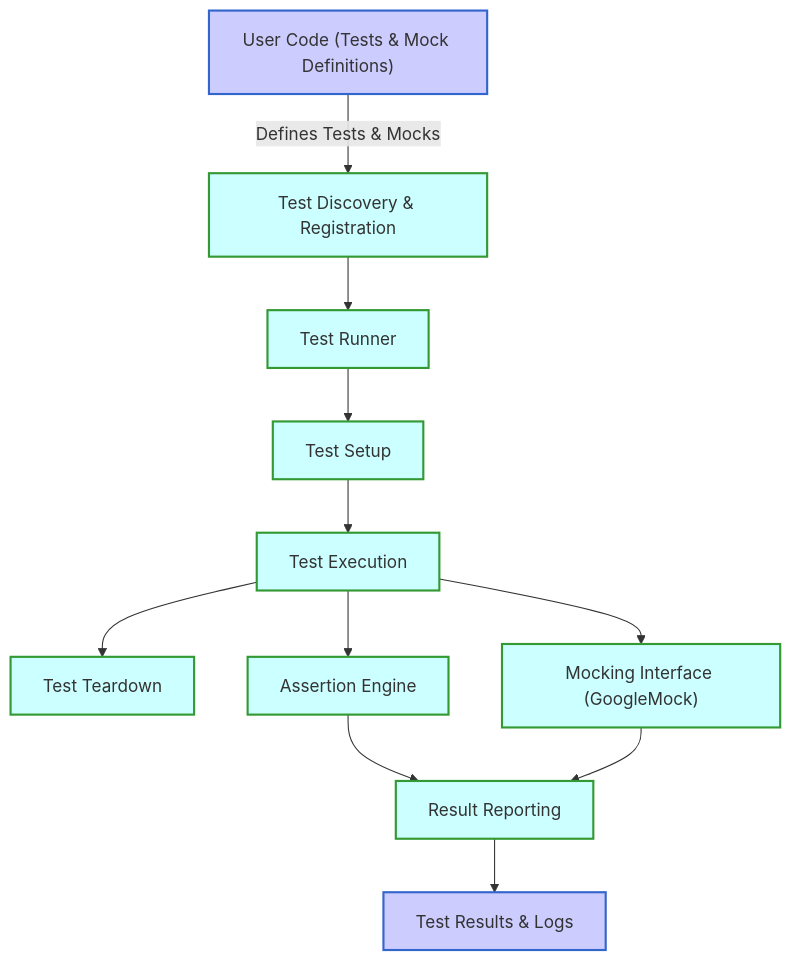
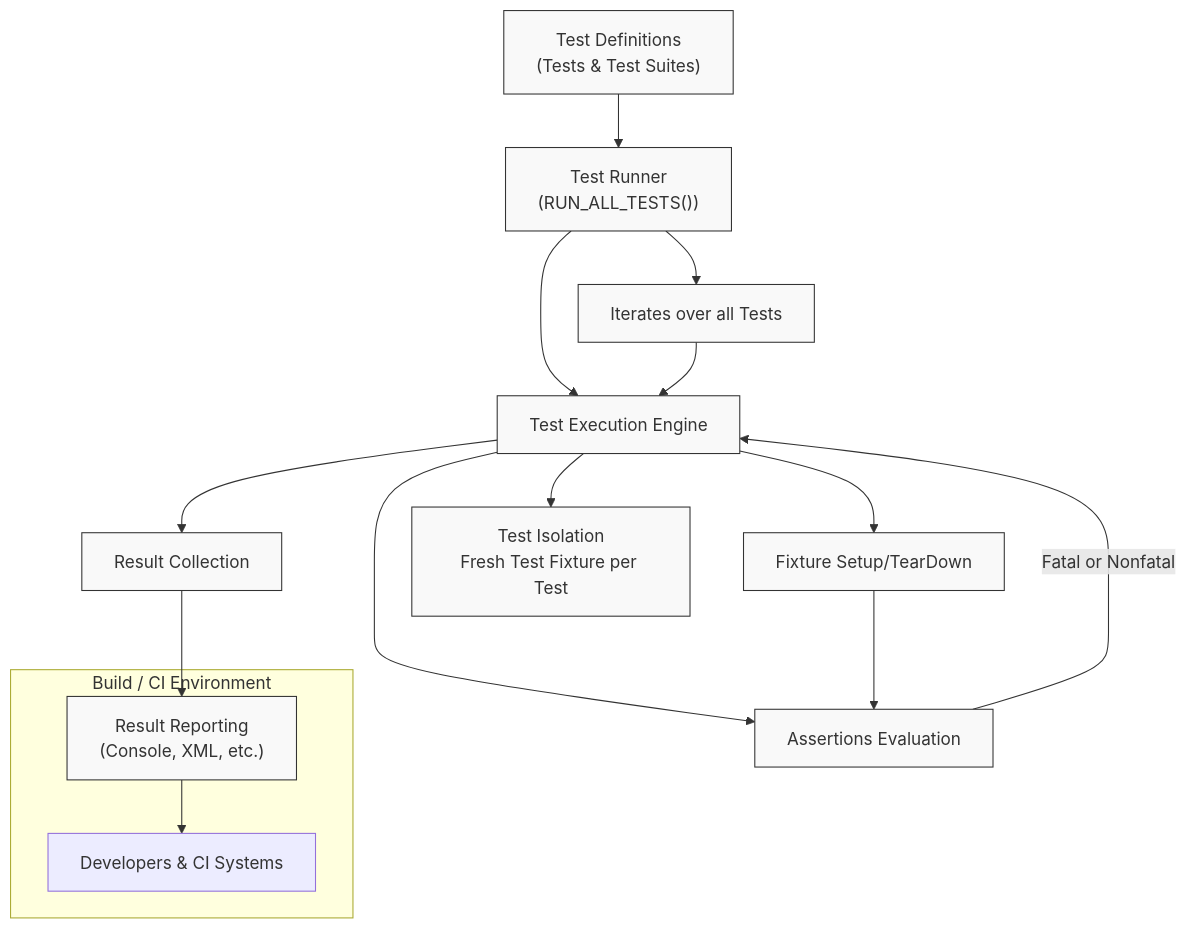
The diagram in overview/architecture-concepts/high-level-architecture.mdx (clidey/docucod-public-project-869ef7c3-7eff-4ad2-9765-2698303f14d7), drawn with Mermaid before and after one commit. The commit also changed other lines of this file and 52 other files, not shown here.

````diff
--- a/overview/architecture-concepts/high-level-architecture.mdx
+++ b/overview/architecture-concepts/high-level-architecture.mdx
@@ -25,40 +17,43 @@
 ```mermaid
 flowchart TD
 
-  %% Define user and user code
-  User["User Code (Tests & Mock Definitions)"]
-  User -->|Defines Tests & Mocks| Discovery["Test Discovery & Registration"]
+  %% Test Definition Entry
+  TestDefs["Test Definitions\n(Tests & Test Suites)"] --> TestRunner["Test Runner\n(RUN_ALL_TESTS())"]
 
-  %% Test discovery flows into test runner
-  Discovery --> Runner["Test Runner"]
+  %% Execution Component
+  TestRunner --> TestExec["Test Execution Engine"]
 
-  %% Test runner performs test lifecycle
-  Runner --> Setup["Test Setup"]
-  Setup --> Execute["Test Execution"]
-  Execute --> Teardown["Test Teardown"]
+  %% Execution flow
+  TestExec --> AssertionEval["Assertions Evaluation"]
 
-  %% During execution, assertions and mocks are triggered
-  Execute --> Assertions["Assertion Engine"]
-  Execute --> Mocking["Mocking Interface (GoogleMock)"]
+  %% Failures and continuing execution
+  AssertionEval -- "Fatal or Nonfatal" --> TestExec
 
-  %% Assertion and mocking report results
-  Assertions --> Reporting["Result Reporting"]
-  Mocking --> Reporting
+  %% Reporting Results
+  TestExec --> ResultColl["Result Collection"]
+  ResultColl --> Reporting["Result Reporting\n(Console, XML, etc.)"]
 
-  %% Final results back to user
-  Reporting --> UserResults["Test Results & Logs"]
+  %% User Interaction
+  Reporting --> Users["Developers & CI Systems"]
 
-  %% Annotations
-  classDef user fill:#ccf,stroke:#3366cc,stroke-width:2px;
-  class User,UserResults user;
+  %% Setup and Teardown
+  TestExec --> SetupTeardown["Fixture Setup/TearDown"]
+  SetupTeardown --> AssertionEval
 
-  classDef core fill:#cff,stroke:#339933,stroke-width:2px;
-  class Discovery,Runner,Setup,Execute,Teardown,Assertions,Mocking,Reporting core;
+  %% Isolation to enable repeatability
+  TestExec --> Isolation["Test Isolation\nFresh Test Fixture per Test"]
 
-  %% Comments
-  %% User defines test cases and mocks
-  %% Test discovery automatically finds them at runtime
-  %% Test runner controls lifecycle
-  %% Assertions and mocks invoked during test execution
-  %% Reporting aggregates test outcomes
+  %% Loop over all tests
+  TestRunner --> LoopTests["Iterates over all Tests"] --> TestExec
+
+  %% Build/CI Context
+  subgraph "Build / CI Environment"
+    Users
+    Reporting
+  end
+
+  %% Styles
+  classDef component fill:#f9f9f9,stroke:#333,stroke-width:1px;
+  class TestDefs,TestRunner,TestExec,AssertionEval,ResultColl,Reporting,SetupTeardown,Isolation,LoopTests component;
+
 ```
````
